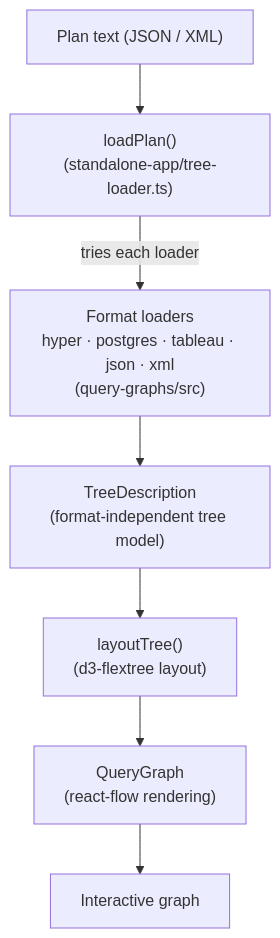
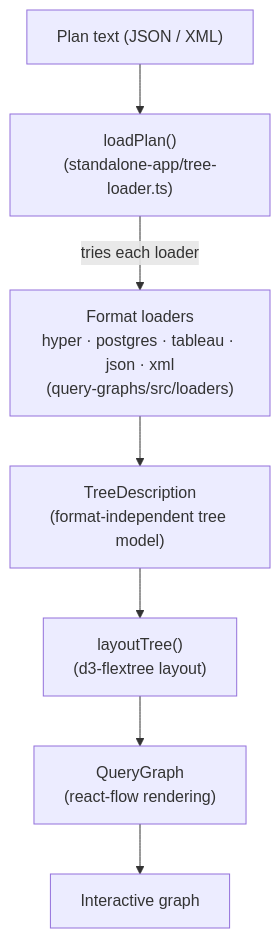
The diagram in docs/Architecture.md (tableau/query-graphs), drawn with Mermaid before and after one commit. The commit also changed other lines of this file and 13 other files, not shown here.

First line of the commit message:
Move format loaders into query-graphs/src/loaders/ (#155)

````diff
--- a/docs/Architecture.md
+++ b/docs/Architecture.md
@@ -28,9 +28,9 @@
 ```mermaid
 flowchart TD
     text["Plan text (JSON / XML)"] --> dispatch["loadPlan()<br/>(standalone-app/tree-loader.ts)"]
-    dispatch -->|tries each loader| loaders["Format loaders<br/>hyper · postgres · tableau · json · xml<br/>(query-graphs/src)"]
+    dispatch -->|tries each loader| loaders["Format loaders<br/>hyper · postgres · tableau · json · xml<br/>(query-graphs/src/loaders)"]
     loaders --> td["TreeDescription<br/>(format-independent tree model)"]
     td --> layout["layoutTree()<br/>(d3-flextree layout)"]
     layout --> render["QueryGraph<br/>(react-flow rendering)"]
     render --> ui["Interactive graph"]
 ```
````
